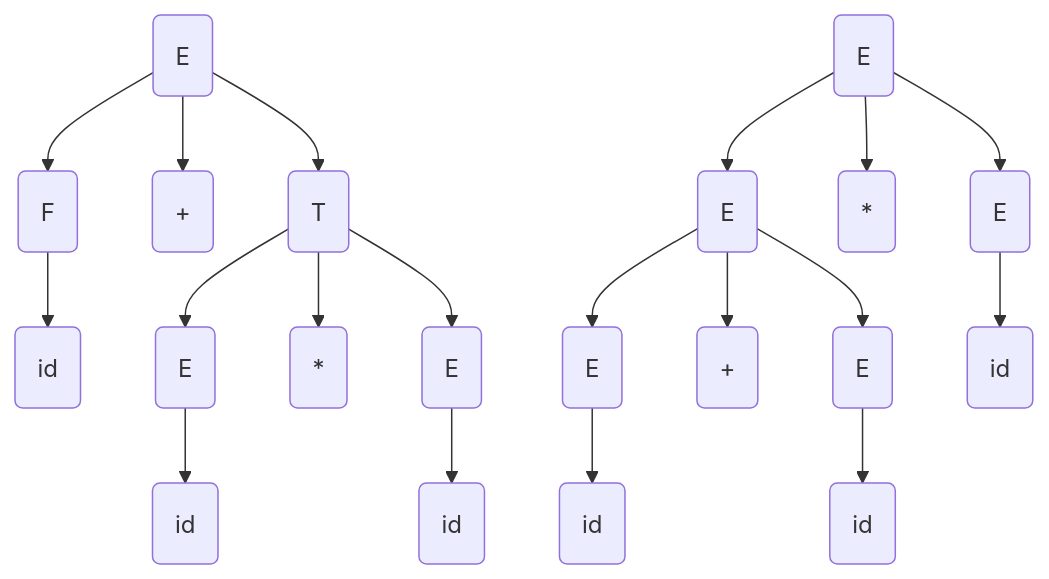
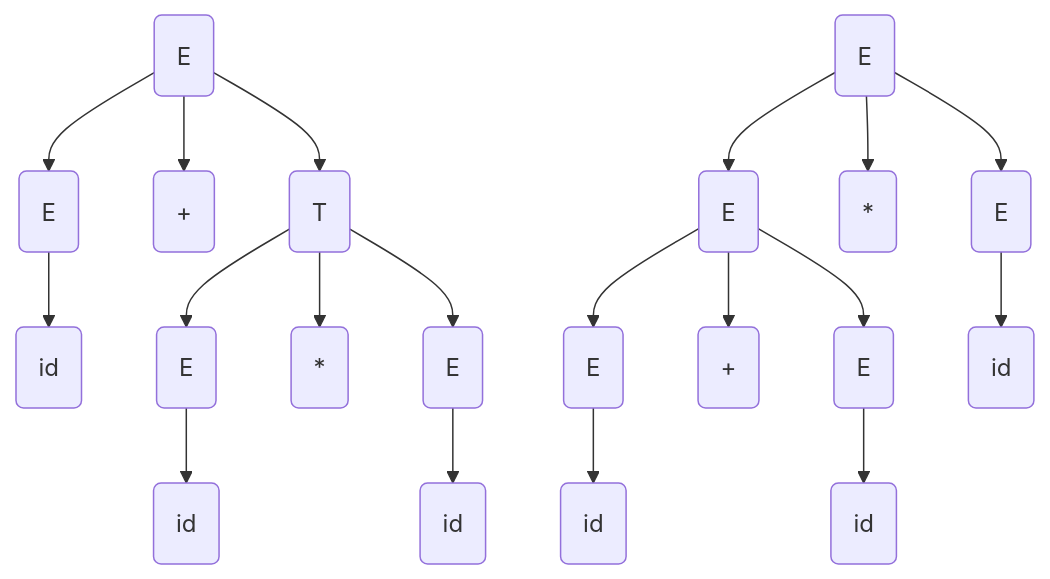
One commit to FUTURETECH6/Notes_Junior1 changed the third of 3 diagrams in TC/3_ContextFreeLang.md. Above: the diagram before and after it, drawn with Mermaid. The commit also changed other lines of this file and 16 other files, not shown here.

````diff
--- a/TC/3_ContextFreeLang.md
+++ b/TC/3_ContextFreeLang.md
@@ -207,15 +207,15 @@
 ```mermaid
 graph TB
 
-0(E)-->1(F)-->2(id)
+0(E)-->1(E)-->2(id)
 0-->3(+)
 0-->4(T)-->5(E)-->6(id)
 4-->7(*)
 4-->8(E)-->9(id)
 
 10(E)-->11(E)-->12(E)-->13(id)
 11-->14(+)
 11-->15(E)-->16(id)
 10-->17(*)
 10-->18(E)-->19(id)
 ```
````
